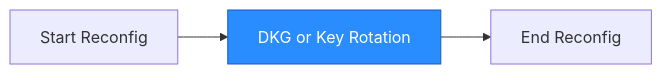
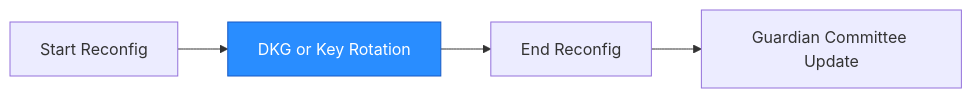
Before and after one commit to MystenLabs/hashi: the third of 6 diagrams in design/docs/reconfiguration.mdx, drawn with Mermaid. The commit also changed other lines of this file, not shown here.

````diff
--- a/design/docs/reconfiguration.mdx
+++ b/design/docs/reconfiguration.mdx
@@ -52,5 +52,5 @@
 ```mermaid
 graph LR
-    A[Start Reconfig] --> B[DKG or Key Rotation]:::active --> C[End Reconfig]
+    A[Start Reconfig] --> B[DKG or Key Rotation]:::active --> C[End Reconfig] --> D[Guardian Committee Update]
     classDef active fill:#298DFF,stroke:#1759C4,color:#FFFFFF
 ```
````
